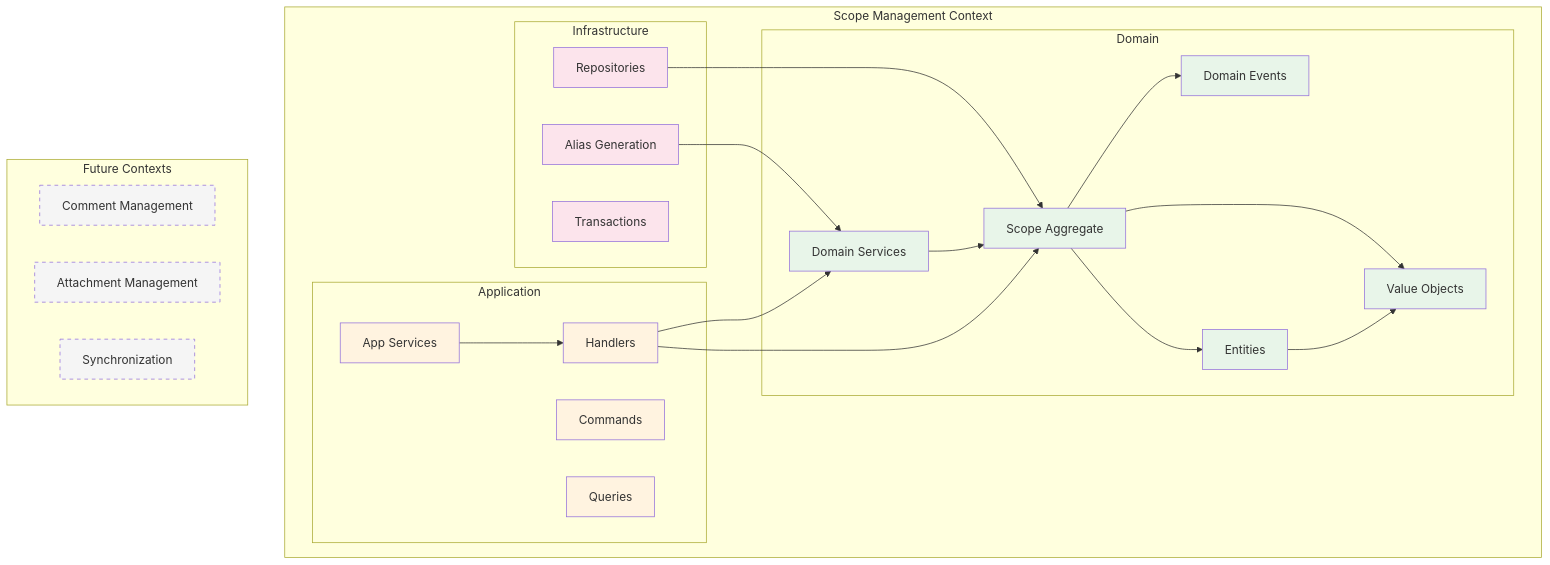
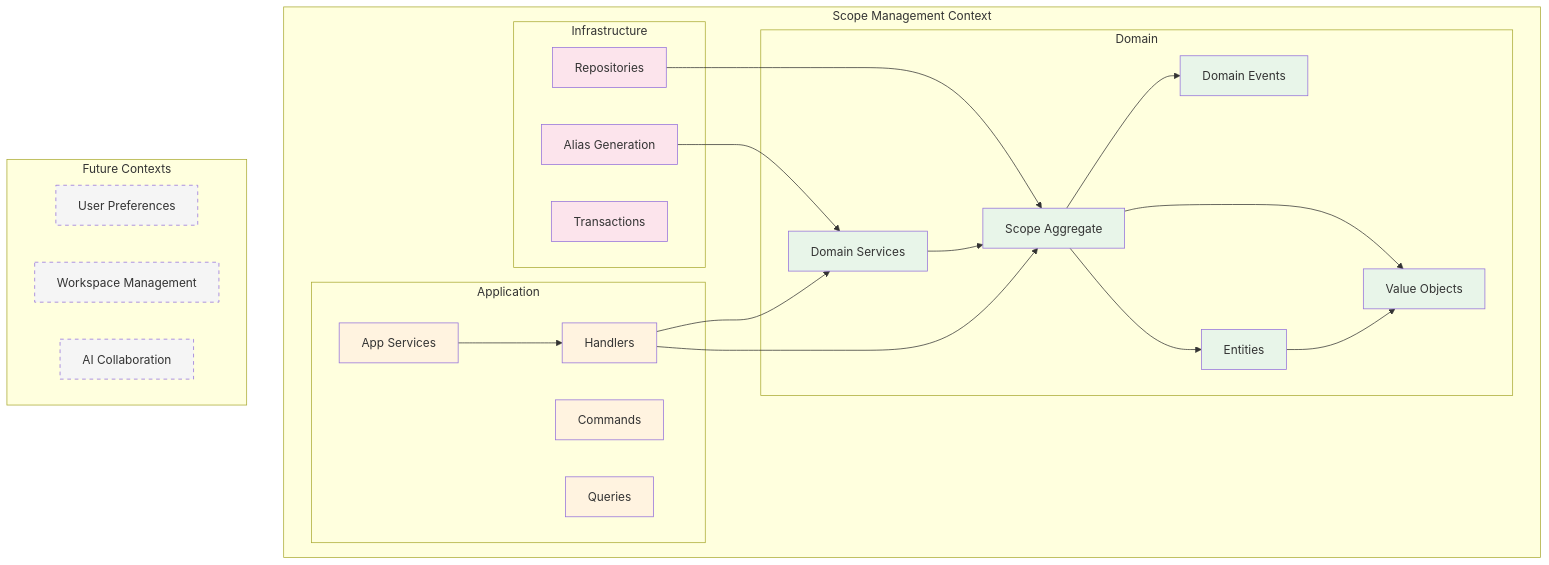
Before and after one commit to kamiazya/scopes: the first of 2 diagrams in docs/explanation/domain-driven-design.md, drawn with Mermaid. The commit also changed other lines of this file and 1 other file, not shown here.

First line of the commit message:
docs: update domain documentation with future architecture plans

````diff
--- a/docs/explanation/domain-driven-design.md
+++ b/docs/explanation/domain-driven-design.md
@@ -11,54 +11,54 @@
 ```mermaid
 graph TB
     subgraph "Scope Management Context"
         subgraph "Domain"
             AGG[Scope Aggregate]
             ENT[Entities]
             VO[Value Objects]
             EVT[Domain Events]
             SVC[Domain Services]
         end
         
         subgraph "Application"
             CMD[Commands]
             QRY[Queries]
             HANDLER[Handlers]
             APPSVC[App Services]
         end
         
         subgraph "Infrastructure"
             REPO[Repositories]
             ALIAS[Alias Generation]
             TRANS[Transactions]
         end
     end
     
     subgraph "Future Contexts"
-        CMT[Comment Management]
-        ATT[Attachment Management]
-        SYNC[Synchronization]
+        UP[User Preferences]
+        WM[Workspace Management]
+        AC[AI Collaboration]
     end
     
     AGG --> ENT
     AGG --> VO
     AGG --> EVT
     ENT --> VO
     SVC --> AGG
     
     HANDLER --> AGG
     HANDLER --> SVC
     APPSVC --> HANDLER
     
     REPO --> AGG
     ALIAS --> SVC
     
     classDef domain fill:#e8f5e9
     classDef application fill:#fff3e0
     classDef infrastructure fill:#fce4ec
     classDef future fill:#f5f5f5,stroke-dasharray: 5 5
     
     class AGG,ENT,VO,EVT,SVC domain
     class CMD,QRY,HANDLER,APPSVC application
     class REPO,ALIAS,TRANS infrastructure
-    class CMT,ATT,SYNC future
+    class UP,WM,AC future
 ```
````
